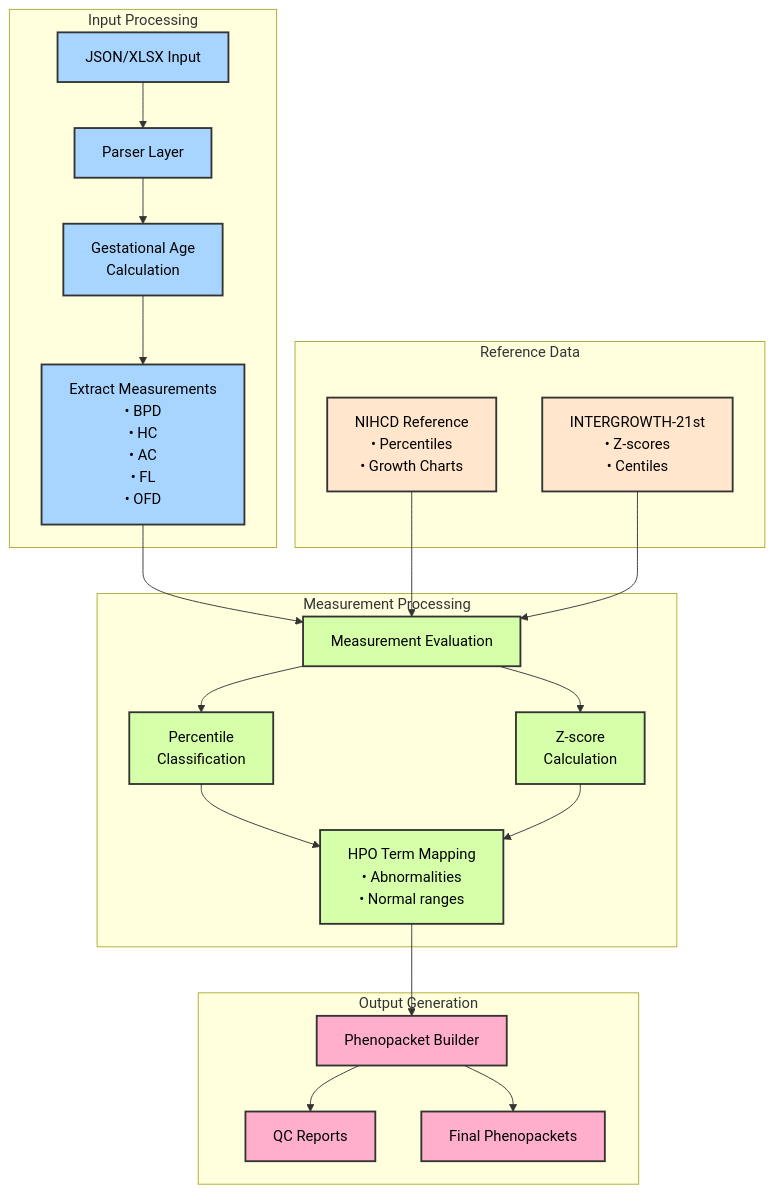
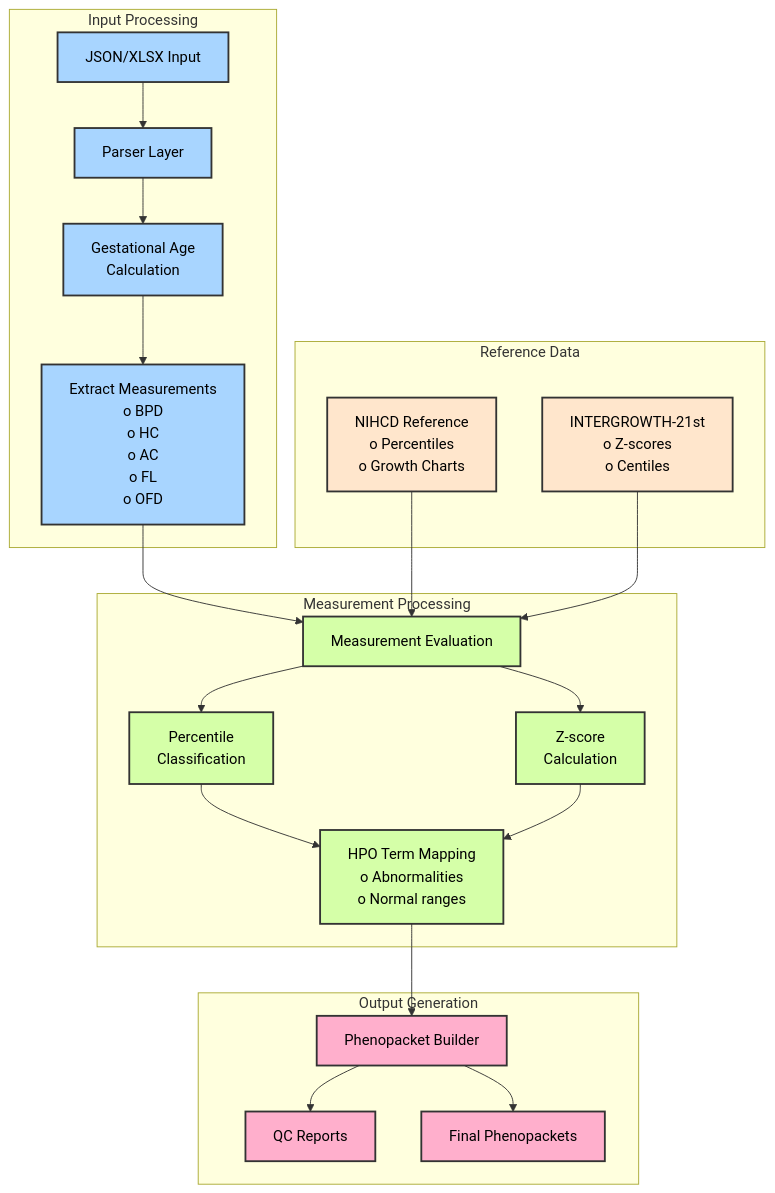
The first of 10 diagrams in README.md (P2GX/prenatalppkt), drawn with Mermaid before and after one commit. The commit also changed other lines of this file, not shown here.

````diff
--- a/README.md
+++ b/README.md
@@ -51,55 +72,55 @@
 ```mermaid
 flowchart TD
-    subgraph Input["Input Processing"]
-        JSON["JSON/XLSX Input"] --> Parser["Parser Layer"]
-        Parser --> GA["Gestational Age
-        Calculation"]
-        GA --> Measurements["Extract Measurements
-        • BPD
-        • HC
-        • AC
-        • FL
-        • OFD"]
-    end
-    
-    subgraph Reference["Reference Data"]
-        NIH["NIHCD Reference
-        • Percentiles
-        • Growth Charts"]
-        IG21["INTERGROWTH-21st
-        • Z-scores
-        • Centiles"]
-    end
-    
-    subgraph Processing["Measurement Processing"]
-        Measurements --> Eval["Measurement Evaluation"]
-        Eval --> Percentile["Percentile
-        Classification"]
-        Eval --> ZScore["Z-score
-        Calculation"]
-        
-        Percentile --> HPO["HPO Term Mapping
-        • Abnormalities
-        • Normal ranges"]
-        ZScore --> HPO
-    end
-    
-    subgraph Output["Output Generation"]
-        HPO --> Phenopacket["Phenopacket Builder"]
-        Phenopacket --> QC["QC Reports"]
-        Phenopacket --> Final["Final Phenopackets"]
-    end
-    
-    NIH --> Eval
-    IG21 --> Eval
-    
-    classDef input fill:#a8d5ff,stroke:#333,stroke-width:2px,color:#000000
-    classDef reference fill:#ffe6cc,stroke:#333,stroke-width:2px,color:#000000
-    classDef process fill:#d5ffa8,stroke:#333,stroke-width:2px,color:#000000
-    classDef output fill:#ffafcc,stroke:#333,stroke-width:2px,color:#000000
-    
-    class JSON,Parser,GA,Measurements input
-    class NIH,IG21 reference
-    class Eval,Percentile,ZScore,HPO process
-    class Phenopacket,QC,Final output
+   subgraph Input["Input Processing"]
+       JSON["JSON/XLSX Input"] --> Parser["Parser Layer"]
+       Parser --> GA["Gestational Age
+       Calculation"]
+       GA --> Measurements["Extract Measurements
+       o BPD
+       o HC
+       o AC
+       o FL
+       o OFD"]
+   end
+   
+   subgraph Reference["Reference Data"]
+       NIH["NIHCD Reference
+       o Percentiles
+       o Growth Charts"]
+       IG21["INTERGROWTH-21st
+       o Z-scores
+       o Centiles"]
+   end
+   
+   subgraph Processing["Measurement Processing"]
+       Measurements --> Eval["Measurement Evaluation"]
+       Eval --> Percentile["Percentile
+       Classification"]
+       Eval --> ZScore["Z-score
+       Calculation"]
+       
+       Percentile --> HPO["HPO Term Mapping
+       o Abnormalities
+       o Normal ranges"]
+       ZScore --> HPO
+   end
+   
+   subgraph Output["Output Generation"]
+       HPO --> Phenopacket["Phenopacket Builder"]
+       Phenopacket --> QC["QC Reports"]
+       Phenopacket --> Final["Final Phenopackets"]
+   end
+   
+   NIH --> Eval
+   IG21 --> Eval
+   
+   classDef input fill:#a8d5ff,stroke:#333,stroke-width:2px,color:#000000
+   classDef reference fill:#ffe6cc,stroke:#333,stroke-width:2px,color:#000000
+   classDef process fill:#d5ffa8,stroke:#333,stroke-width:2px,color:#000000
+   classDef output fill:#ffafcc,stroke:#333,stroke-width:2px,color:#000000
+   
+   class JSON,Parser,GA,Measurements input
+   class NIH,IG21 reference
+   class Eval,Percentile,ZScore,HPO process
+   class Phenopacket,QC,Final output
 ```
````
